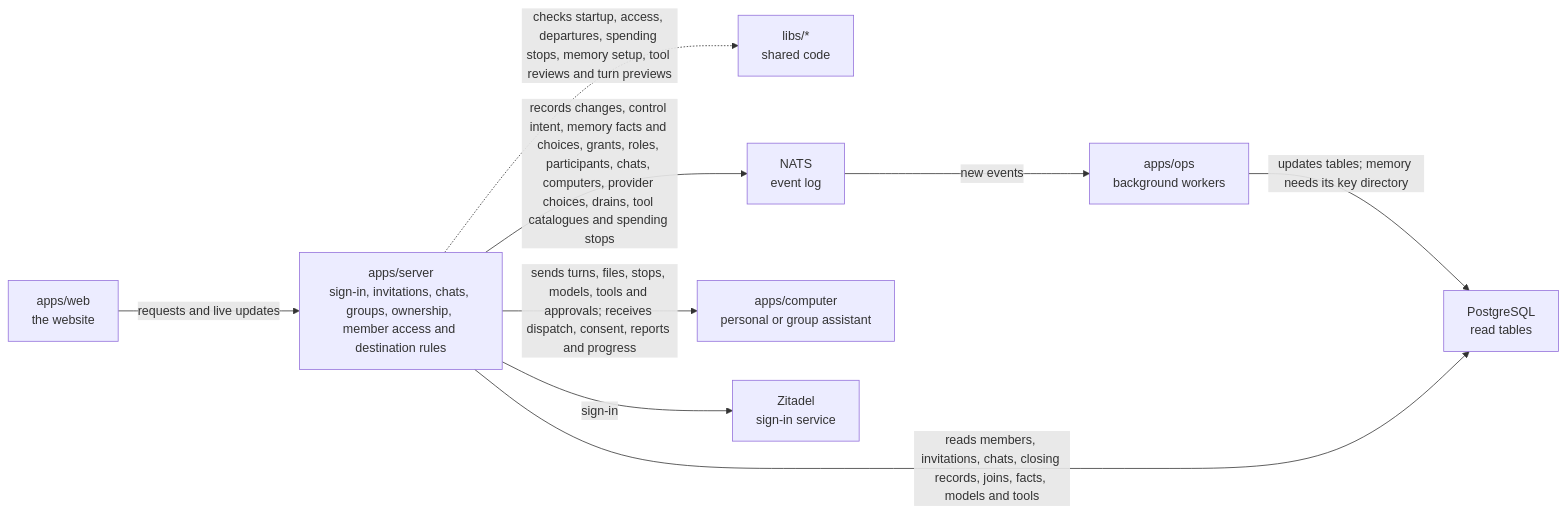
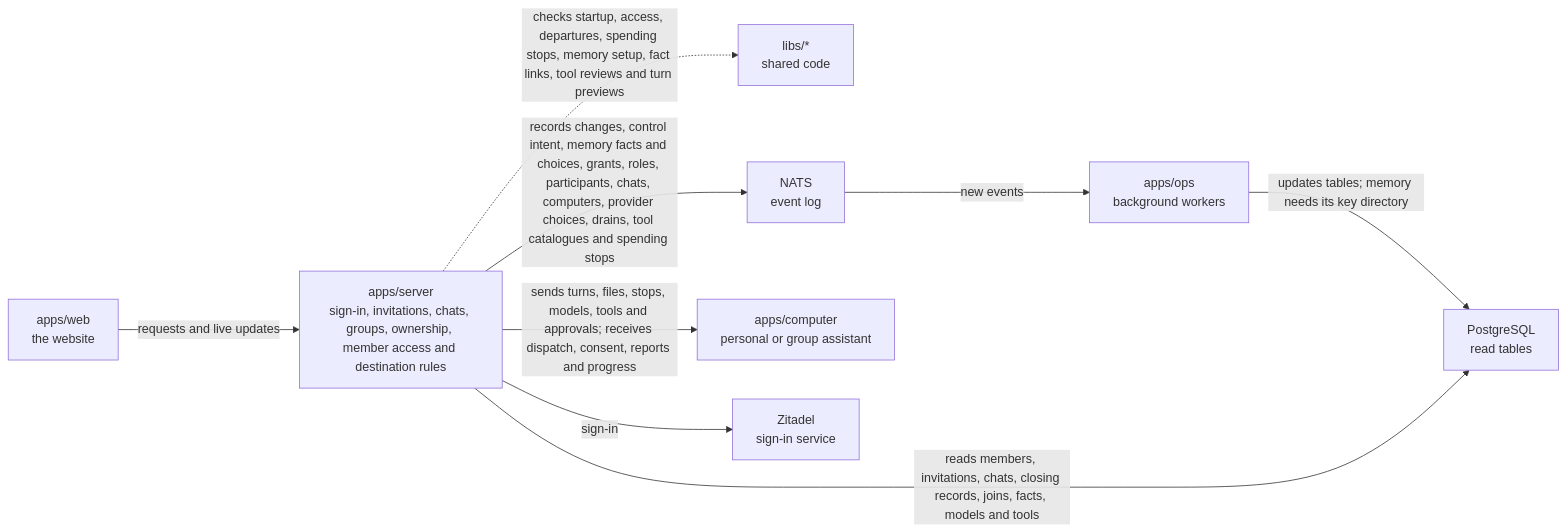
The diagram in apps/server/README.md (elewa-git/opencrane-new), drawn with Mermaid before and after one commit. The commit also changed 14 other files, not shown here.

````diff
--- a/apps/server/README.md
+++ b/apps/server/README.md
@@ -11,11 +11,11 @@
 ```mermaid
 flowchart LR
   web["apps/web<br/>the website"] -->|requests and live updates| server["apps/server<br/>sign-in, invitations, chats, groups, ownership, member access and destination rules"]
-  server -.->|checks startup, access, departures, spending stops, memory setup, tool reviews and turn previews| libs["libs/*<br/>shared code"]
+  server -.->|checks startup, access, departures, spending stops, memory setup, fact links, tool reviews and turn previews| libs["libs/*<br/>shared code"]
   server -->|records changes, control intent, memory facts and choices, grants, roles, participants, chats, computers, provider choices, drains, tool catalogues and spending stops| nats["NATS<br/>event log"]
   nats -->|new events| ops["apps/ops<br/>background workers"]
   ops -->|updates tables; memory needs its key directory| postgres["PostgreSQL<br/>read tables"]
   server -->|reads members, invitations, chats, closing records, joins, facts, models and tools| postgres
   server -->|sends turns, files, stops, models, tools and approvals; receives dispatch, consent, reports and progress| computer["apps/computer<br/>personal or group assistant"]
   server -->|sign-in| zitadel["Zitadel<br/>sign-in service"]
 ```
````
